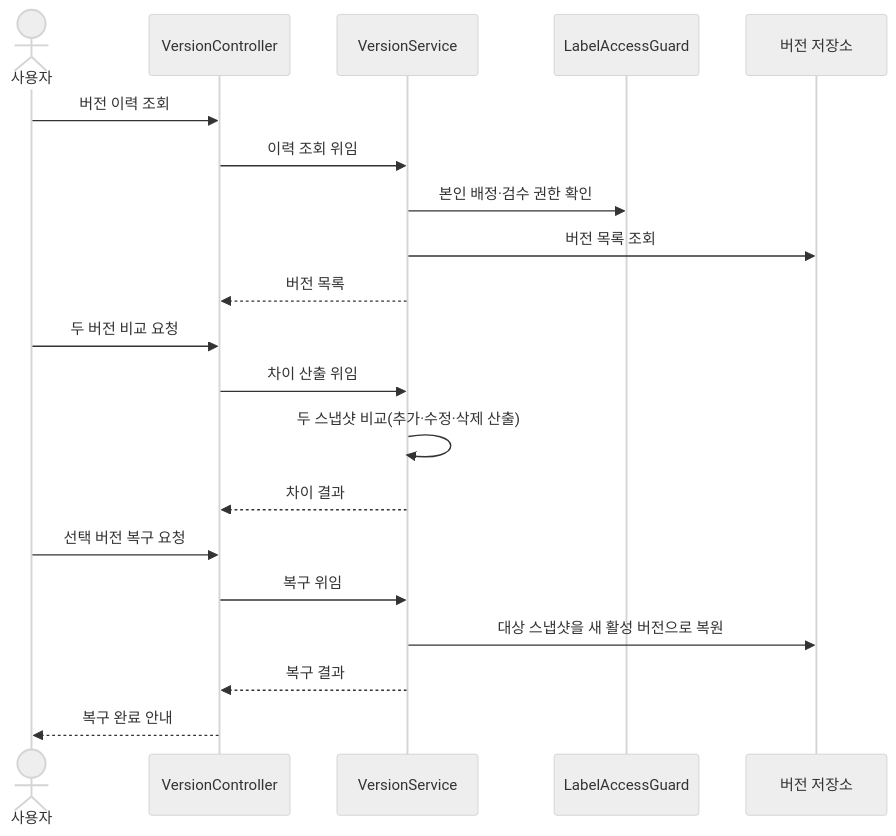
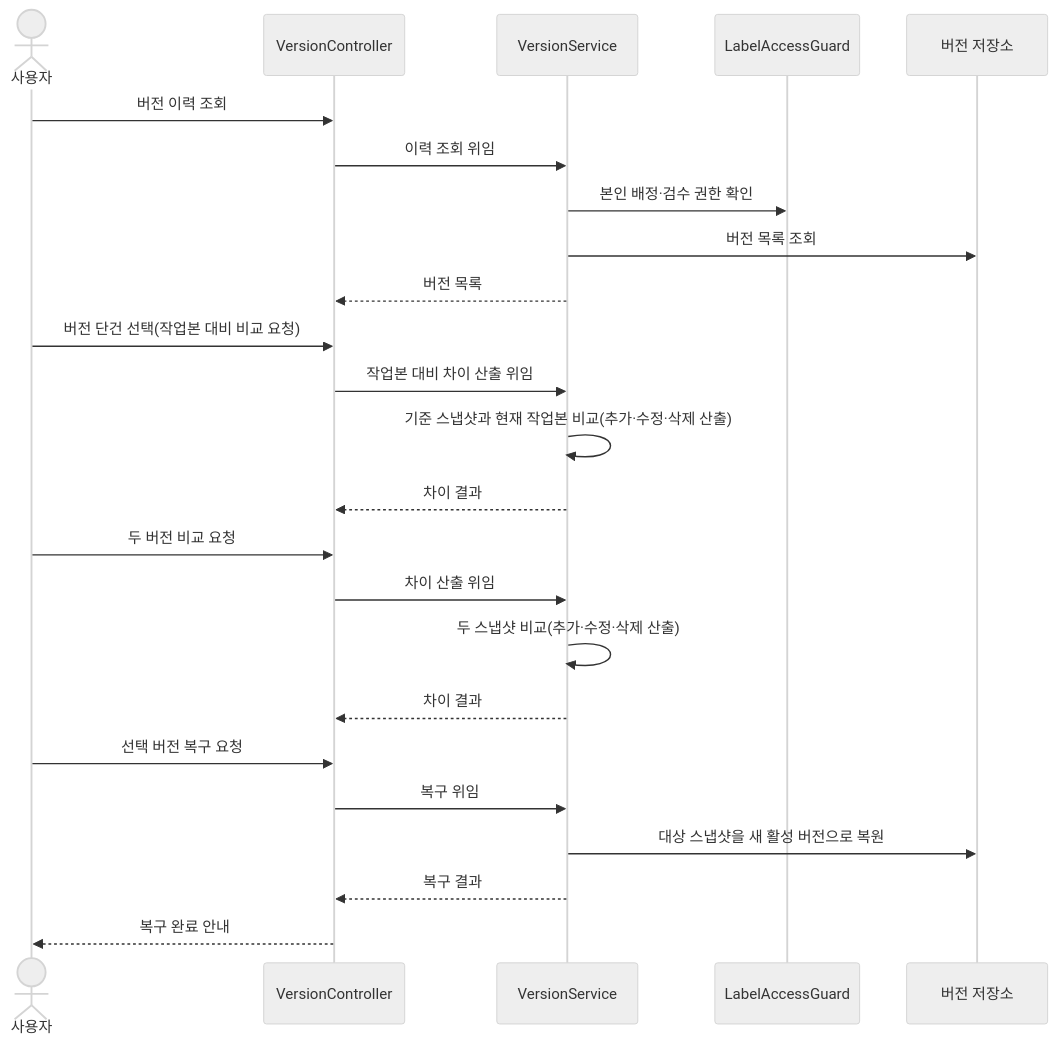
Before and after one commit to New-stella/klid-label: the eighth of 36 diagrams in docs/design/D1-클래스설계서.md, drawn with Mermaid (neutral theme). The commit also changed other lines of this file and 2 other files, not shown here.

````diff
--- a/docs/design/D1-클래스설계서.md
+++ b/docs/design/D1-클래스설계서.md
@@ -438,22 +438,26 @@
 ```mermaid
 sequenceDiagram
     actor U as 사용자
     participant C as VersionController
     participant S as VersionService
     participant G as LabelAccessGuard
     participant V as 버전 저장소
     U->>C: 버전 이력 조회
     C->>S: 이력 조회 위임
     S->>G: 본인 배정·검수 권한 확인
     S->>V: 버전 목록 조회
     S-->>C: 버전 목록
+    U->>C: 버전 단건 선택(작업본 대비 비교 요청)
+    C->>S: 작업본 대비 차이 산출 위임
+    S->>S: 기준 스냅샷과 현재 작업본 비교(추가·수정·삭제 산출)
+    S-->>C: 차이 결과
     U->>C: 두 버전 비교 요청
     C->>S: 차이 산출 위임
     S->>S: 두 스냅샷 비교(추가·수정·삭제 산출)
     S-->>C: 차이 결과
     U->>C: 선택 버전 복구 요청
     C->>S: 복구 위임
     S->>V: 대상 스냅샷을 새 활성 버전으로 복원
     S-->>C: 복구 결과
     C-->>U: 복구 완료 안내
 ```
````
